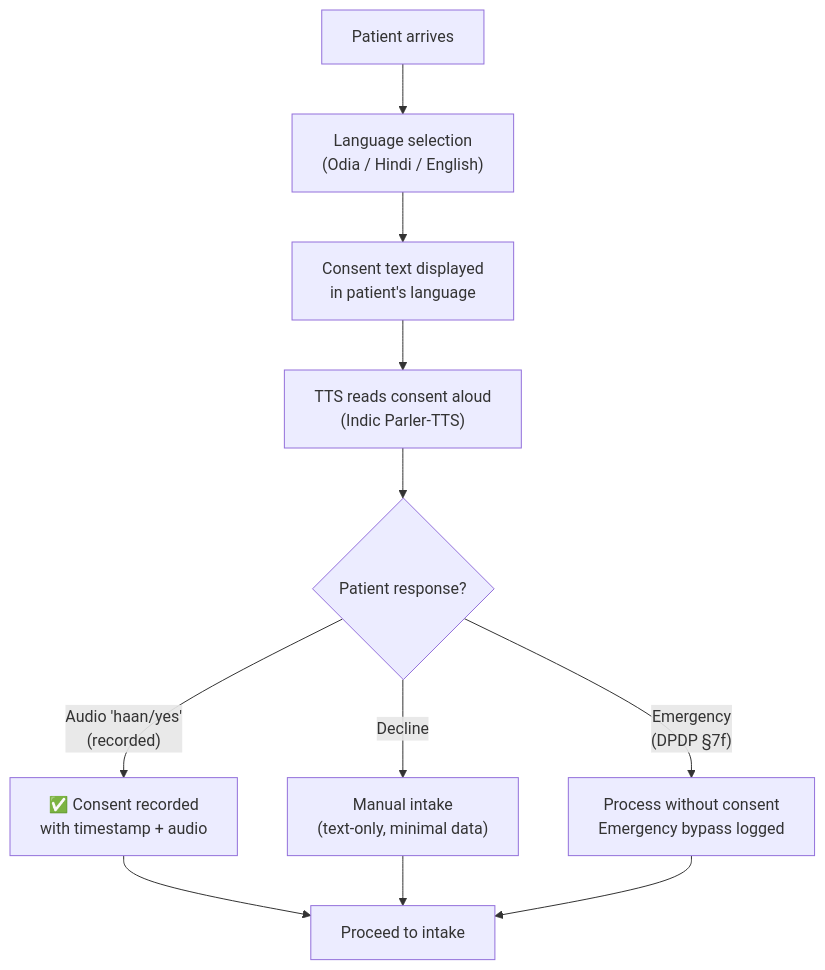
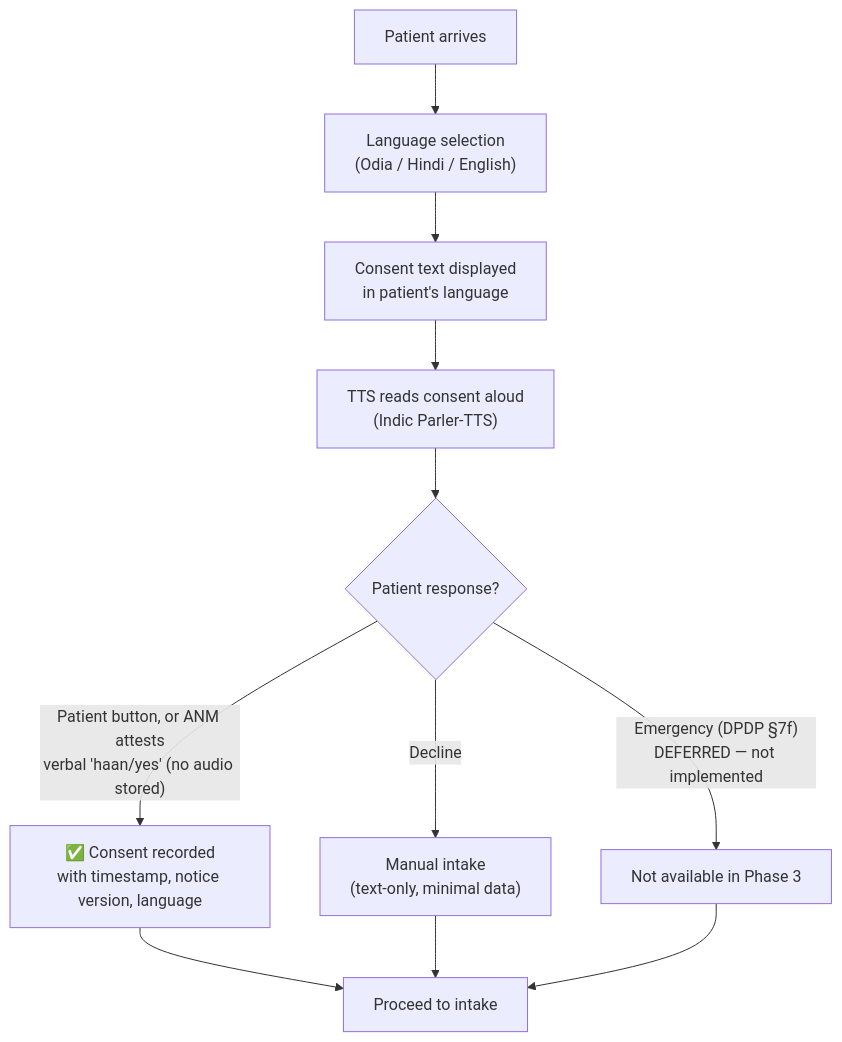
The diagram in docs/04_Security_Privacy_Access.md (suresh121011/SEHAT-AI), drawn with Mermaid before and after one commit. The commit also changed other lines of this file and 45 other files, not shown here.

First line of the commit message:
Phase 3: consent, PII redaction gateway, append-only audit log

````diff
--- a/docs/04_Security_Privacy_Access.md
+++ b/docs/04_Security_Privacy_Access.md
@@ -52,14 +52,14 @@
 ```mermaid
 flowchart TD
     A["Patient arrives"] --> B["Language selection\n(Odia / Hindi / English)"]
     B --> C["Consent text displayed\nin patient's language"]
     C --> D["TTS reads consent aloud\n(Indic Parler-TTS)"]
     D --> E{"Patient response?"}
-    E -->|"Audio 'haan/yes'\n(recorded)"| F["✅ Consent recorded\nwith timestamp + audio"]
+    E -->|"Patient button, or ANM attests\nverbal 'haan/yes' (no audio stored)"| F["✅ Consent recorded\nwith timestamp, notice version, language"]
     E -->|"Decline"| G["Manual intake\n(text-only, minimal data)"]
-    E -->|"Emergency\n(DPDP §7f)"| H["Process without consent\nEmergency bypass logged"]
+    E -->|"Emergency (DPDP §7f)\nDEFERRED — not implemented"| H["Not available in Phase 3"]
     
     F --> I["Proceed to intake"]
     G --> I
     H --> I
 ```
````
